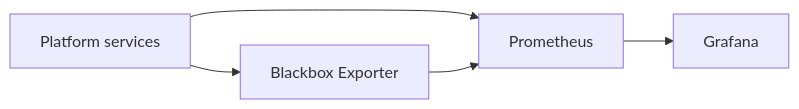
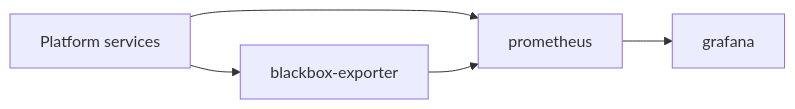
The first of 2 diagrams in observability/readme.md (paulchen8206/Full-Stack-Modern-Data-Architecture-and-Engineering), drawn with Mermaid before and after one commit. The commit also changed other lines of this file and 18 other files, not shown here.

````diff
--- a/observability/readme.md
+++ b/observability/readme.md
@@ -22,12 +22,12 @@
 ```mermaid
 flowchart LR
 	TARGETS[Platform services]
-	BLACKBOX[Blackbox Exporter]
-	PROM[Prometheus]
-	GRAFANA[Grafana]
+	BLACKBOX[blackbox-exporter]
+	PROM[prometheus]
+	GRAFANA[grafana]
 
 	TARGETS --> BLACKBOX
 	TARGETS --> PROM
 	BLACKBOX --> PROM
 	PROM --> GRAFANA
 ```
````
